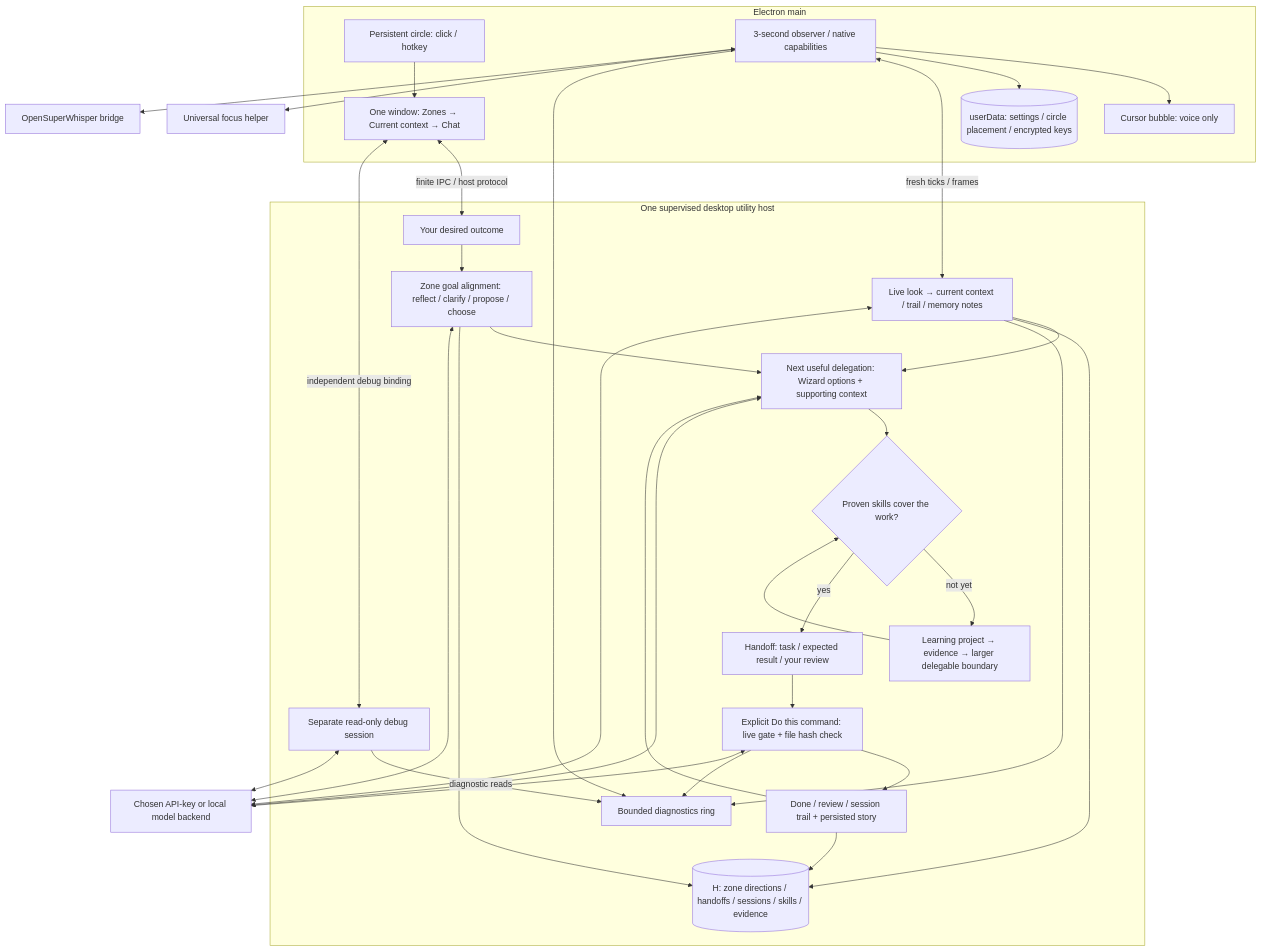
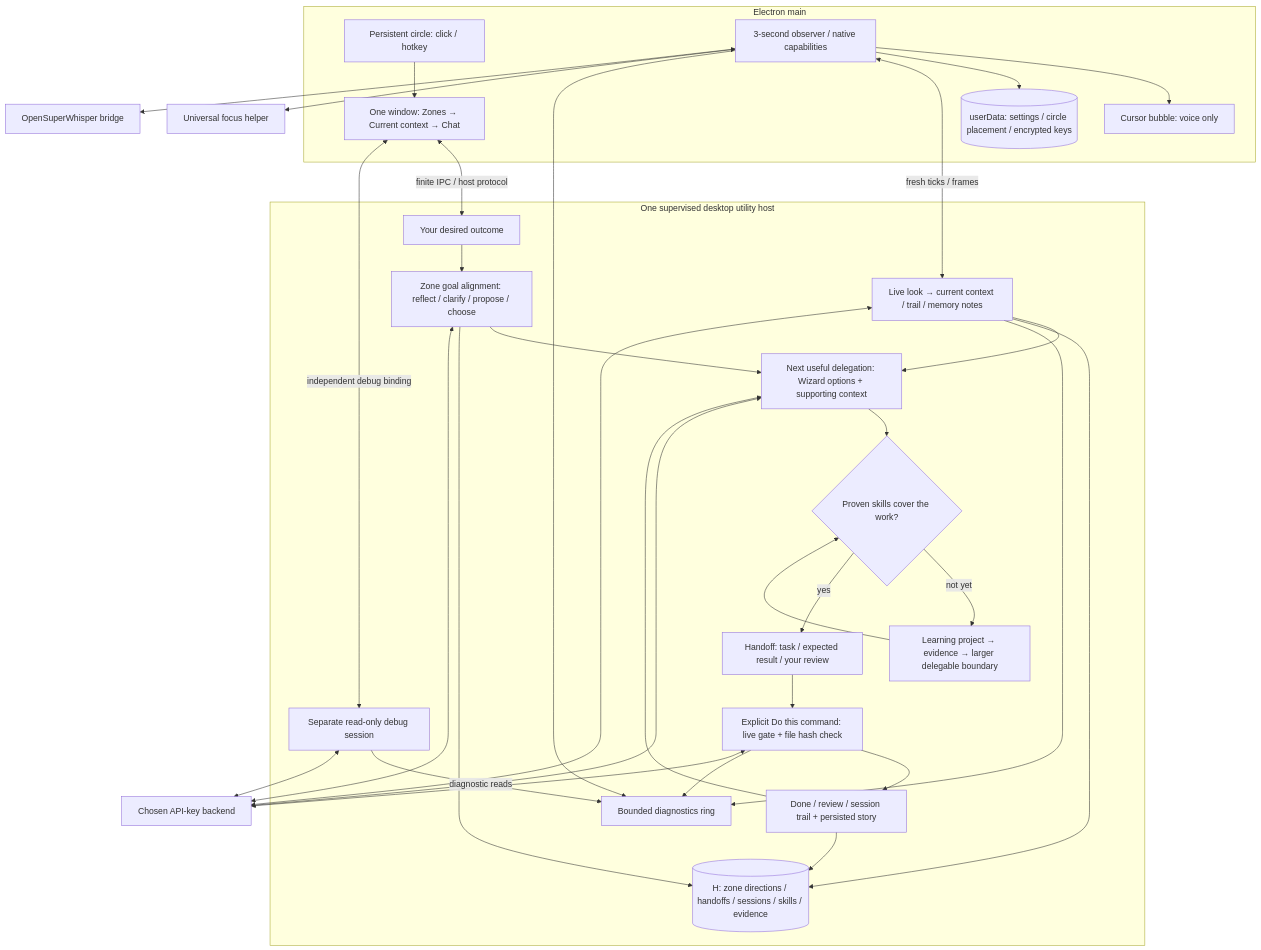
Before and after one commit to hub-ry/dum-intern: the diagram in docs/circle-design.md, drawn with Mermaid. The commit also changed other lines of this file and 79 other files, not shown here.

````diff
--- a/docs/circle-design.md
+++ b/docs/circle-design.md
@@ -11,51 +23,51 @@
 ```mermaid
 flowchart TB
   subgraph MAIN[Electron main]
     C[Persistent circle: click / hotkey]
     W[One window: Zones → Current context → Chat]
     B[Cursor bubble: voice only]
     S[(userData: settings / circle placement / encrypted keys)]
     O[3-second observer / native capabilities]
     C --> W
     O --> B
     O --> S
   end
   subgraph HOST[One supervised desktop utility host]
     U[Your desired outcome]
     G[Zone goal alignment: reflect / clarify / propose / choose]
     N[Next useful delegation: Wizard options + supporting context]
     P{Proven skills cover the work?}
     K[Learning project → evidence → larger delegable boundary]
     H[Handoff: task / expected result / your review]
     X[Explicit Do this command: live gate + file hash check]
     T[Done / review / session trail + persisted story]
     L[Live look → current context / trail / memory notes]
     D[Separate read-only debug session]
     R[Bounded diagnostics ring]
     Z[(H: zone directions / handoffs / sessions / skills / evidence)]
     U --> G --> N --> P
     P -- not yet --> K --> P
     P -- yes --> H --> X --> T --> N
     L --> N
     G --> Z
     T --> Z
     L --> Z
     D -- diagnostic reads --> R
     X --> R
     L --> R
   end
   F[Universal focus helper]
   V[OpenSuperWhisper bridge]
-  A[Chosen API-key or local model backend]
+  A[Chosen API-key backend]
   W <-- finite IPC / host protocol --> U
   O <-- fresh ticks / frames --> L
   W <-- independent debug binding --> D
   O --> R
   X <--> A
   G <--> A
   N <--> A
   L <--> A
   D <--> A
   O <--> F
   O <--> V
 ```
````
